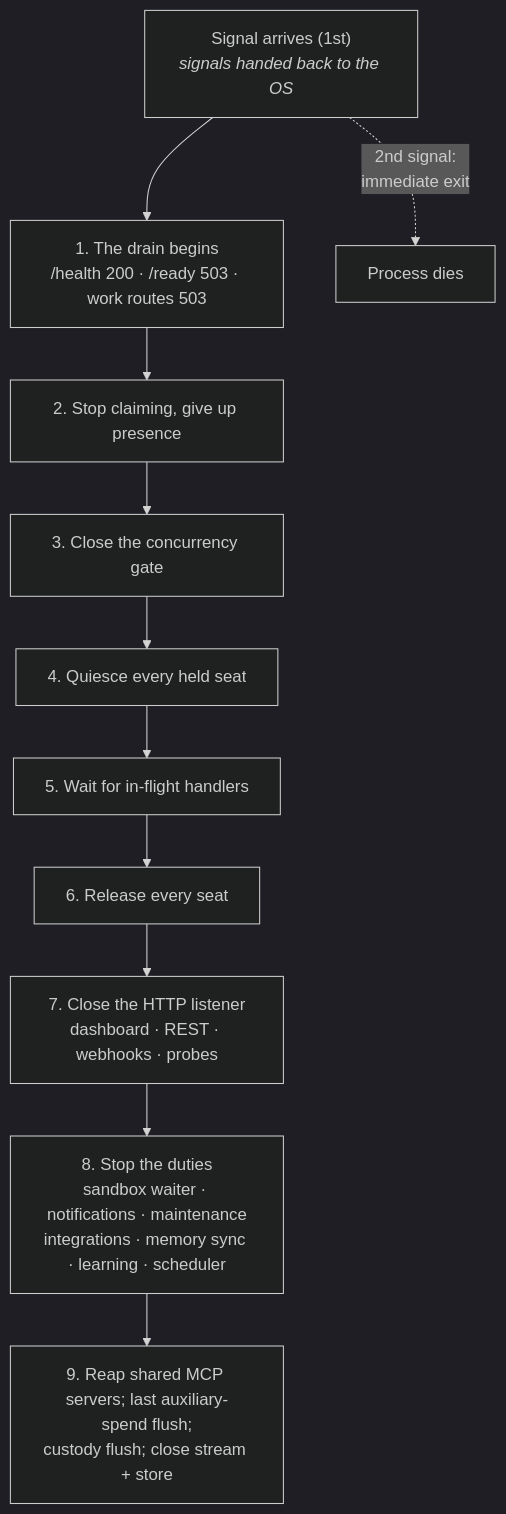
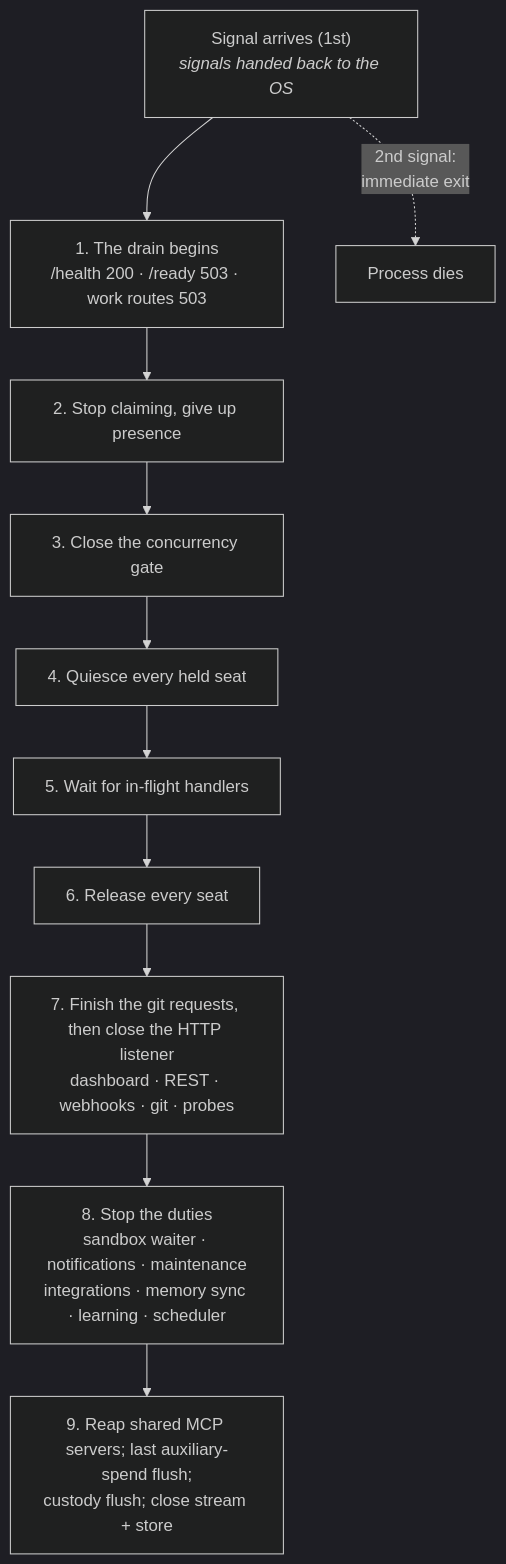
One commit to crewlet/crewlet changed the fifth of 5 diagrams in docs/concepts/agent-runtime.md. Above: the diagram before and after it, drawn with Mermaid (dark theme). The commit also changed other lines of this file and 17 other files, not shown here.

First line of the commit message:
feat(api): classify git requests and accept a git credential

````diff
--- a/docs/concepts/agent-runtime.md
+++ b/docs/concepts/agent-runtime.md
@@ -445,14 +445,14 @@
 ```mermaid
 flowchart TD
     SIG["Signal arrives (1st)<br/><i>signals handed back to the OS</i>"] --> S1
     S1["1. The drain begins<br/>/health 200 · /ready 503 · work routes 503"] --> S2
     S2["2. Stop claiming, give up presence"] --> S3
     S3["3. Close the concurrency gate"] --> S4
     S4["4. Quiesce every held seat"] --> S5
     S5["5. Wait for in-flight handlers"] --> S6
     S6["6. Release every seat"] --> S7
-    S7["7. Close the HTTP listener<br/>dashboard · REST · webhooks · probes"] --> S8
+    S7["7. Finish the git requests, then close the HTTP listener<br/>dashboard · REST · webhooks · git · probes"] --> S8
     S8["8. Stop the duties<br/>sandbox waiter · notifications · maintenance<br/>integrations · memory sync · learning · scheduler"] --> S9
     S9["9. Reap shared MCP servers; last auxiliary-spend flush;<br/>custody flush; close stream + store"]
     SIG -.->|"2nd signal:<br/>immediate exit"| X["Process dies"]
 ```
````
